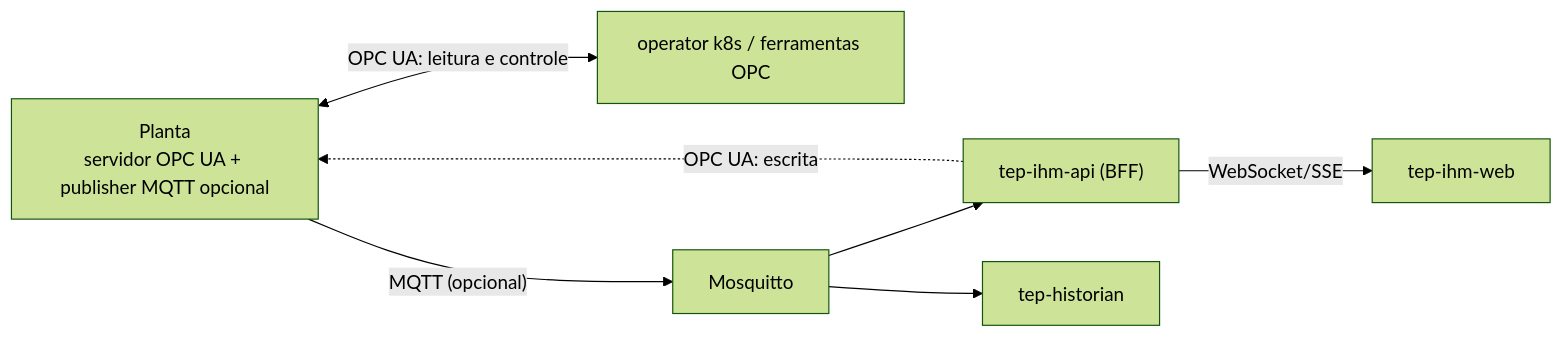
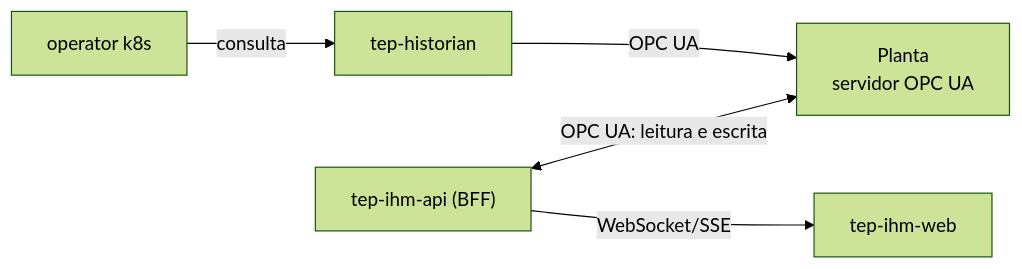
One commit to Green-Cinnamon-Labs/spec-hefesto changed the second of 2 diagrams in README.md. Above: the diagram before and after it, drawn with Mermaid (forest theme). The commit also changed other lines of this file and 2 other files, not shown here.

Commit message:
docs(adr): supersede the MQTT broker with direct OPC UA connections
ADR 0002 drops the broker: the plant is simulated, has few consumers and
no observed problem with extra sessions. MQTT is kept for the physical
plant study. The historian connects straight to the plant.

Refs #3

````diff
--- a/README.md
+++ b/README.md
@@ -47,16 +47,13 @@
 ```mermaid
 flowchart LR
-    planta["Planta<br/>servidor OPC UA + publisher MQTT opcional"]
-    operator["operator k8s / ferramentas OPC"]
-    broker["Mosquitto"]
+    planta["Planta<br/>servidor OPC UA"]
     api["tep-ihm-api (BFF)"]
     web["tep-ihm-web"]
     hist["tep-historian"]
+    operator["operator k8s"]
 
-    planta <-->|"OPC UA: leitura e controle"| operator
-    planta -->|"MQTT (opcional)"| broker
-    broker --> api
-    broker --> hist
+    api <-->|"OPC UA: leitura e escrita"| planta
+    hist -->|OPC UA| planta
     api -->|"WebSocket/SSE"| web
-    api -.->|"OPC UA: escrita"| planta
+    operator -->|consulta| hist
 ```
````
